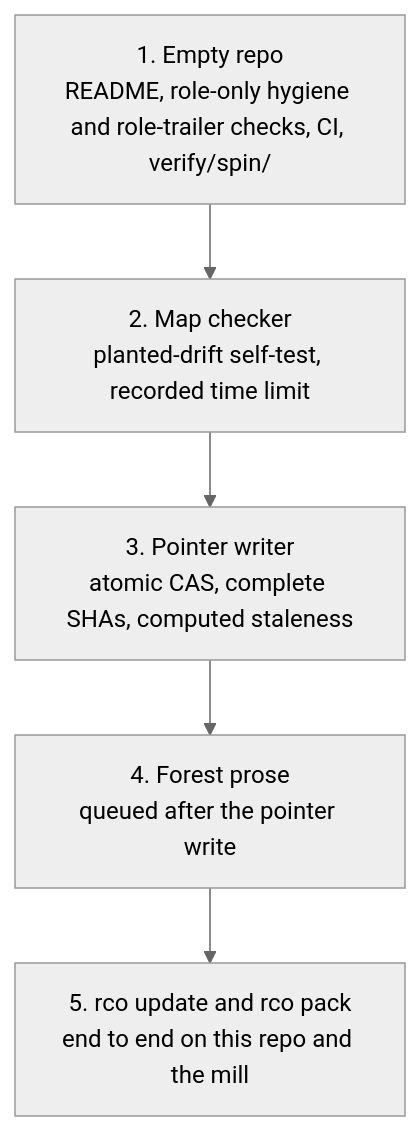
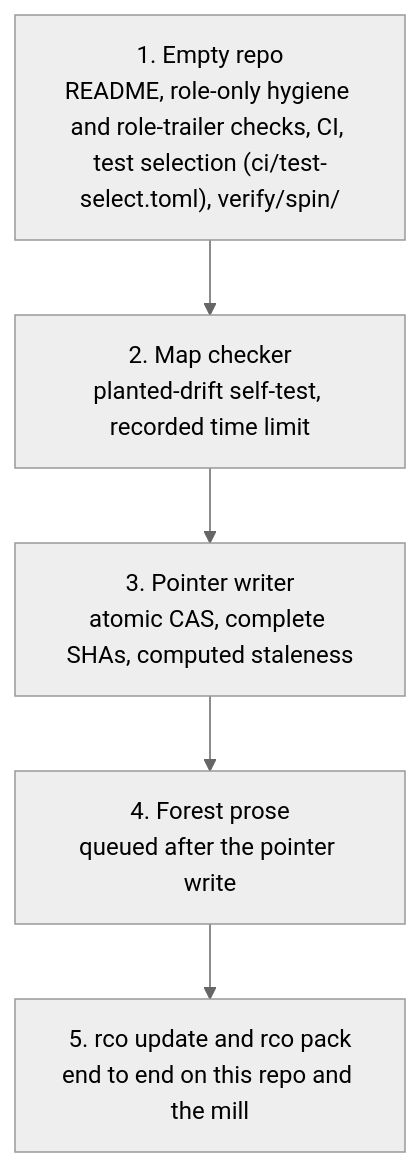
The seventh of 8 diagrams in README.md (si4ai/repo-context-optimizer), drawn with Mermaid (neutral theme) before and after one commit. The commit also changed other lines of this file and 4 other files, not shown here.

First line of the commit message:
Slice 1: explicit test selection in CI (#2)

````diff
--- a/README.md
+++ b/README.md
@@ -335,8 +335,8 @@
 ```mermaid
 flowchart TD
-    S1["1. Empty repo<br/>README, role-only hygiene and role-trailer checks, CI, verify/spin/"] --> S2
+    S1["1. Empty repo<br/>README, role-only hygiene and role-trailer checks, CI, test selection (ci/test-select.toml), verify/spin/"] --> S2
     S2["2. Map checker<br/>planted-drift self-test, recorded time limit"] --> S3
     S3["3. Pointer writer<br/>atomic CAS, complete SHAs, computed staleness"] --> S4
     S4["4. Forest prose<br/>queued after the pointer write"] --> S5
     S5["5. rco update and rco pack<br/>end to end on this repo and the mill"]
 ```
````
